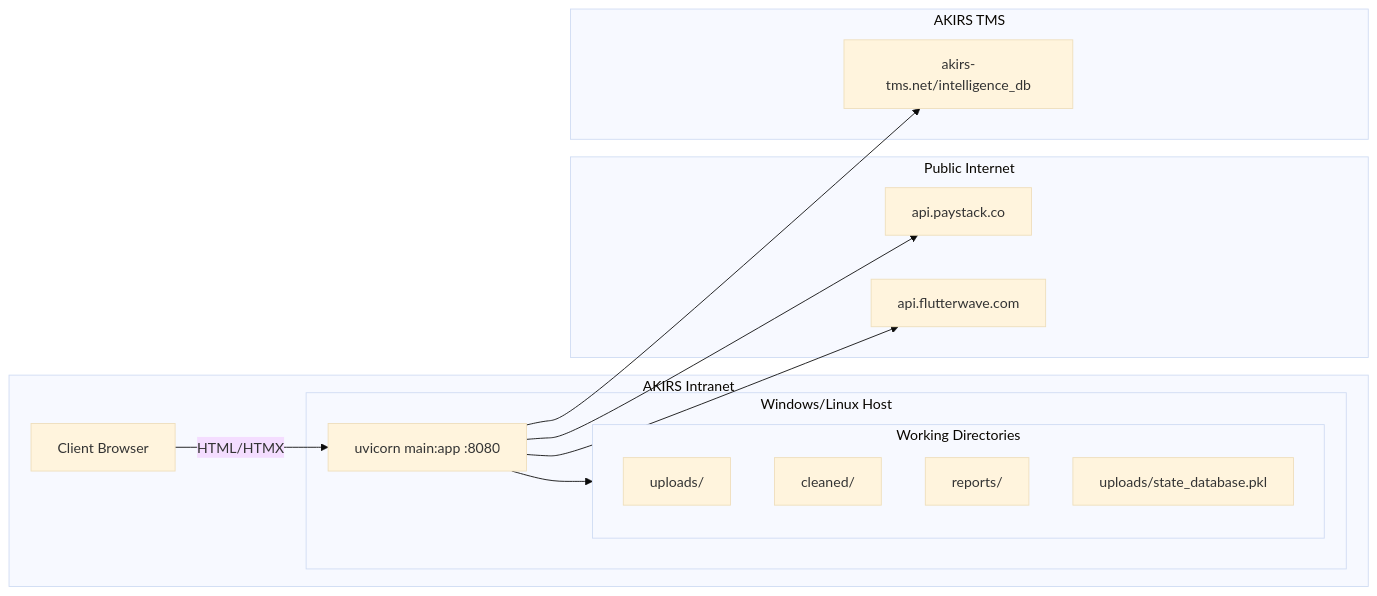
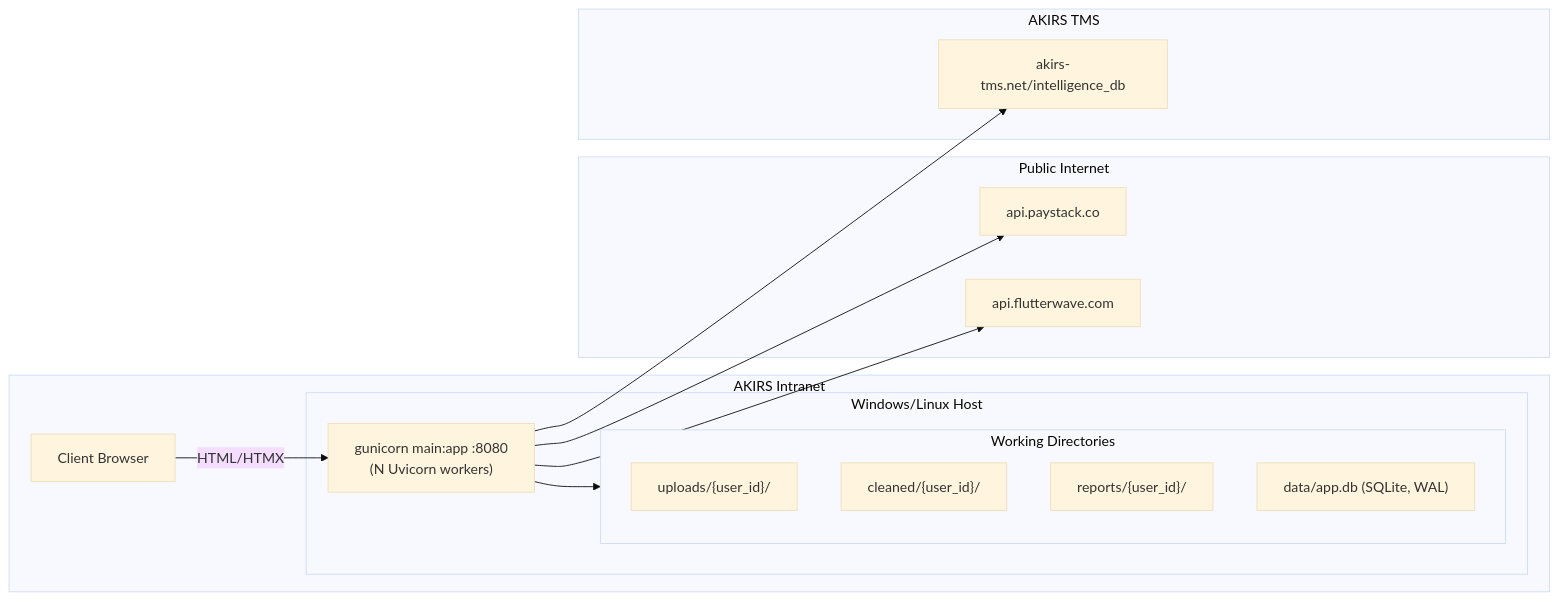
One commit to Penivera/akirs-data-cleaner changed the eighth of 8 diagrams in docs/system-design.md. Above: the diagram before and after it, drawn with Mermaid (base theme). The commit also changed other lines of this file and 5 other files, not shown here.

First line of the commit message:
feat(db): add work_items/tasks tables, repository, and SQLite WAL settings

````diff
--- a/docs/system-design.md
+++ b/docs/system-design.md
@@ -201,26 +201,26 @@
 ```mermaid
 flowchart LR
     subgraph LAN["AKIRS Intranet"]
         B["Client Browser"]
         subgraph Host["Windows/Linux Host"]
-            UV["uvicorn main:app :8080"]
+            UV["gunicorn main:app :8080<br/>(N Uvicorn workers)"]
             subgraph Dirs["Working Directories"]
-                UP["uploads/"]
-                CL["cleaned/"]
-                RP["reports/"]
-                PK["uploads/state_database.pkl"]
+                UP["uploads/{user_id}/"]
+                CL["cleaned/{user_id}/"]
+                RP["reports/{user_id}/"]
+                DB["data/app.db (SQLite, WAL)"]
             end
         end
     end
     subgraph Internet["Public Internet"]
         PS["api.paystack.co"]
         FW["api.flutterwave.com"]
     end
     subgraph TMSNet["AKIRS TMS"]
         TMS["akirs-tms.net/intelligence_db"]
     end
     B -->|"HTML/HTMX"| UV
     UV --> Dirs
     UV --> PS & FW
     UV --> TMS
 ```
````
